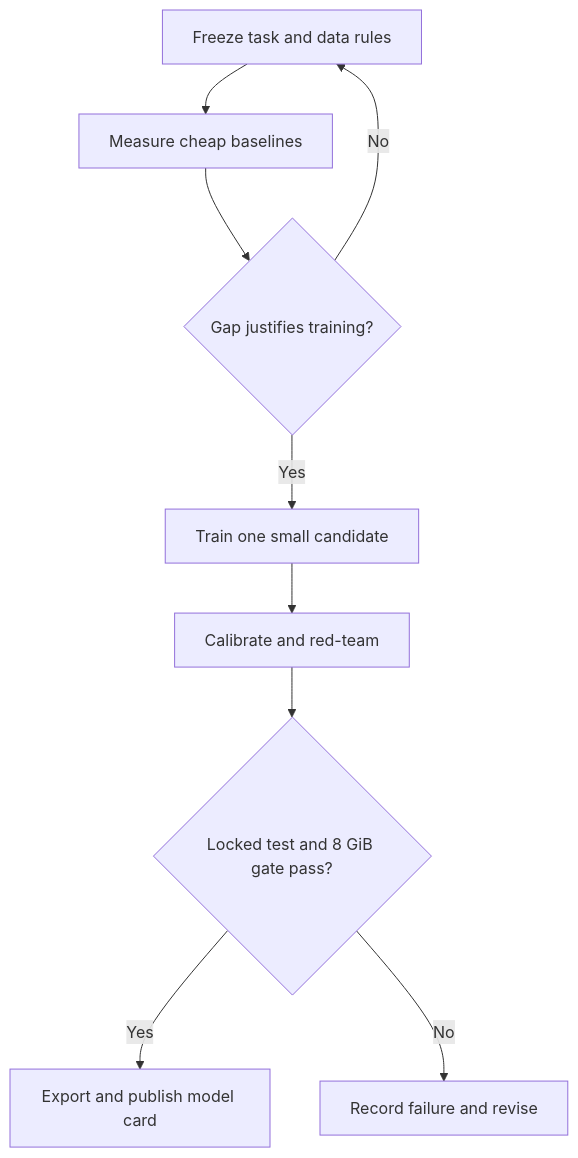
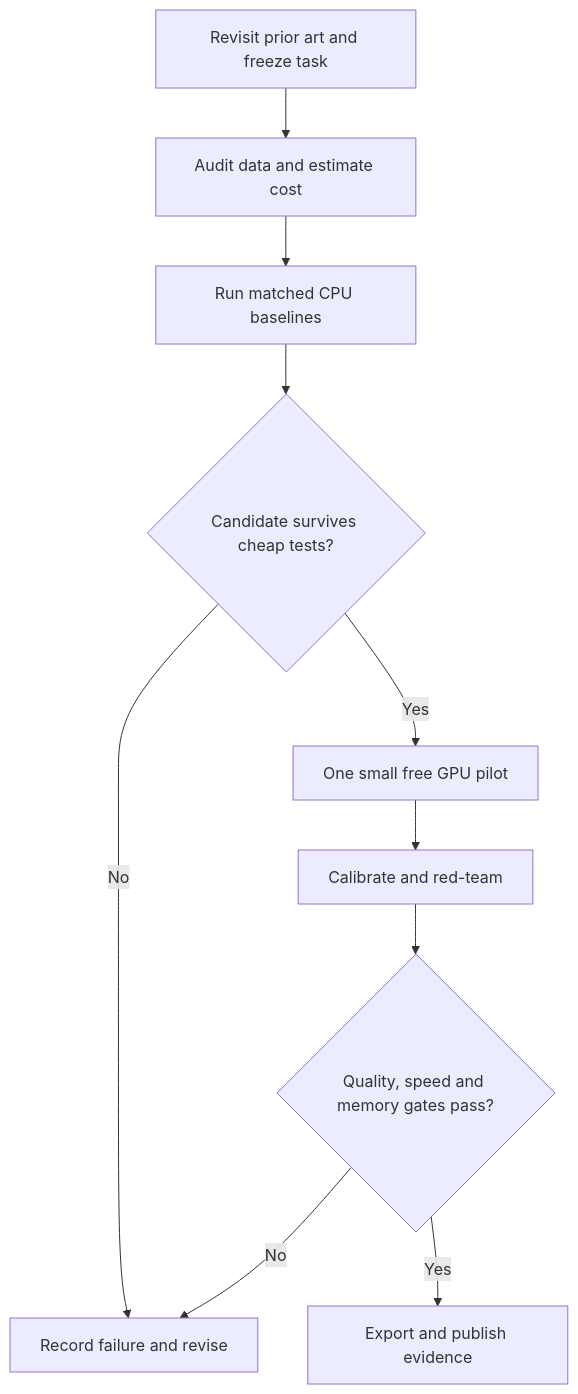
One commit to thepragmatik/revv changed the diagram in docs/roadmap.md. Above: the diagram before and after it, drawn with Mermaid. The commit also changed other lines of this file and 10 other files, not shown here.

````diff
--- a/docs/roadmap.md
+++ b/docs/roadmap.md
@@ -5,11 +5,12 @@
-```mermaid
+~~~~mermaid
 flowchart TD
-    A["Freeze task and data rules"] --> B["Measure cheap baselines"]
-    B --> C{"Gap justifies training?"}
-    C -->|Yes| D["Train one small candidate"]
-    C -->|No| A
-    D --> E["Calibrate and red-team"]
-    E --> F{"Locked test and 8 GiB gate pass?"}
-    F -->|Yes| G["Export and publish model card"]
-    F -->|No| H["Record failure and revise"]
-```
+    A["Revisit prior art and freeze task"] --> B["Audit data and estimate cost"]
+    B --> C["Run matched CPU baselines"]
+    C --> D{"Candidate survives cheap tests?"}
+    D -->|No| E["Record failure and revise"]
+    D -->|Yes| F["One small free GPU pilot"]
+    F --> G["Calibrate and red-team"]
+    G --> H{"Quality, speed and memory gates pass?"}
+    H -->|No| E
+    H -->|Yes| I["Export and publish evidence"]
+~~~~
````
